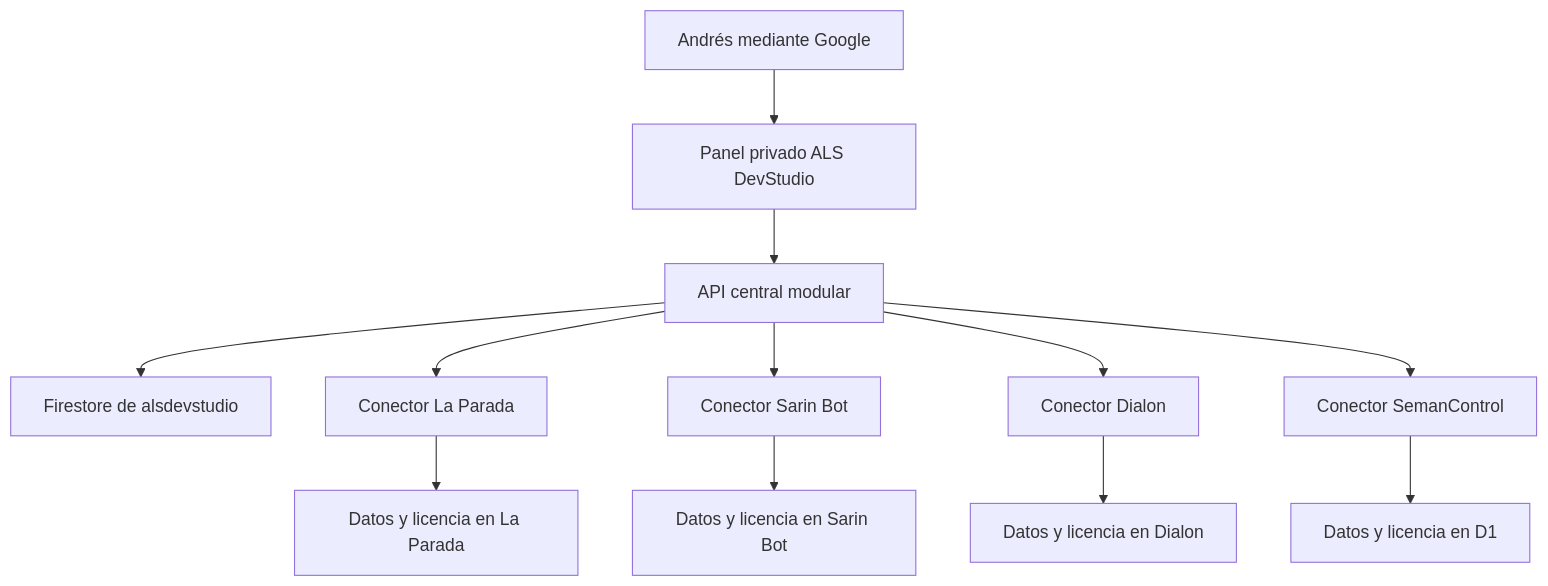
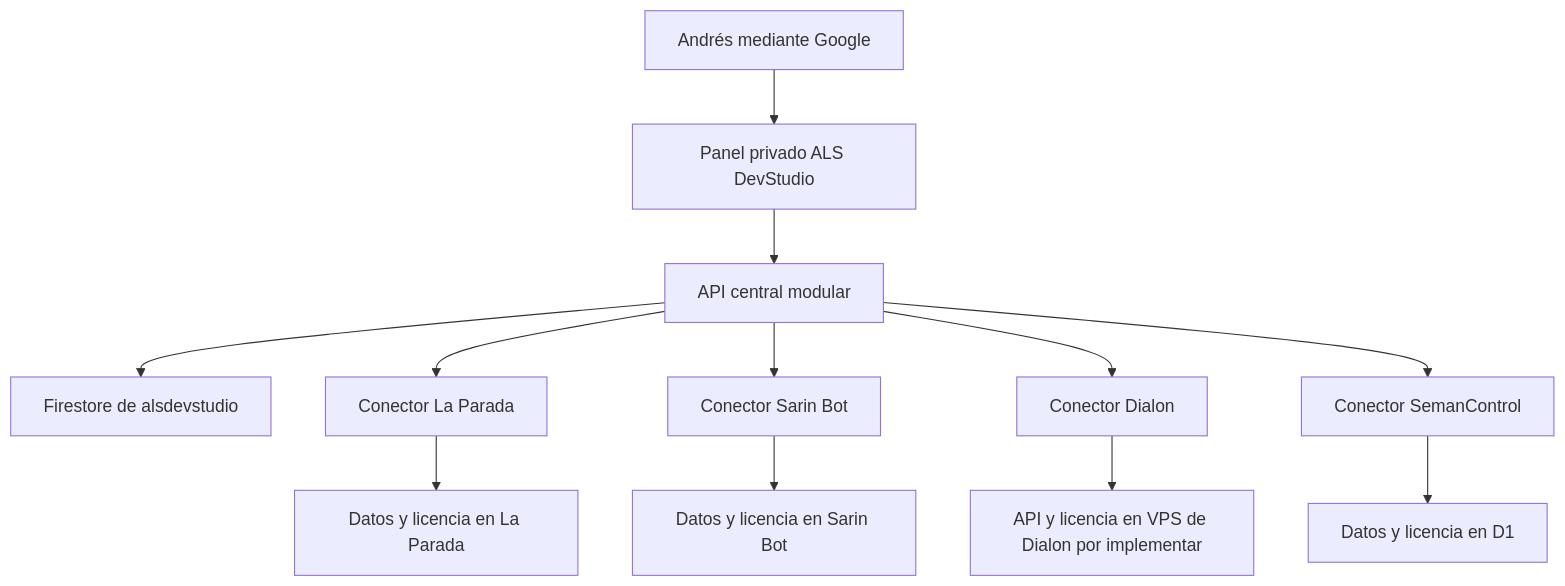
One commit to andresleosan/ALSDevStudio changed the diagram in docs/superpowers/specs/2026-10-14-panel-central-suscripciones-design.md. Above: the diagram before and after it, drawn with Mermaid. The commit also changed other lines of this file and 1 other file, not shown here.

Commit message:
docs: ajustar integracion de Dialon desde su repositorio

````diff
--- a/docs/superpowers/specs/2026-10-14-panel-central-suscripciones-design.md
+++ b/docs/superpowers/specs/2026-10-14-panel-central-suscripciones-design.md
@@ -36,14 +36,14 @@
 ```mermaid
 flowchart TD
     A[Andrés mediante Google] --> P[Panel privado ALS DevStudio]
     P --> API[API central modular]
     API --> F[Firestore de alsdevstudio]
     API --> L[Conector La Parada]
     API --> S[Conector Sarin Bot]
     API --> D[Conector Dialon]
     API --> M[Conector SemanControl]
     L --> LF[Datos y licencia en La Parada]
     S --> SF[Datos y licencia en Sarin Bot]
-    D --> DF[Datos y licencia en Dialon]
+    D --> DF[API y licencia en VPS de Dialon por implementar]
     M --> MD[Datos y licencia en D1]
 ```
````
